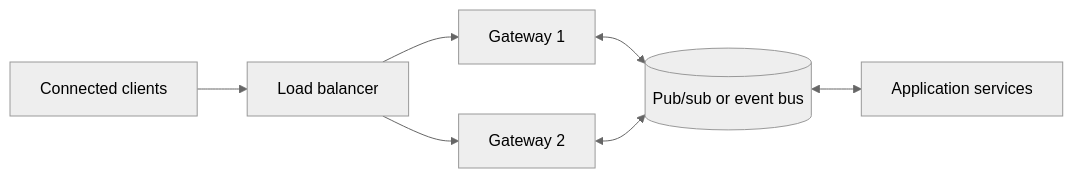
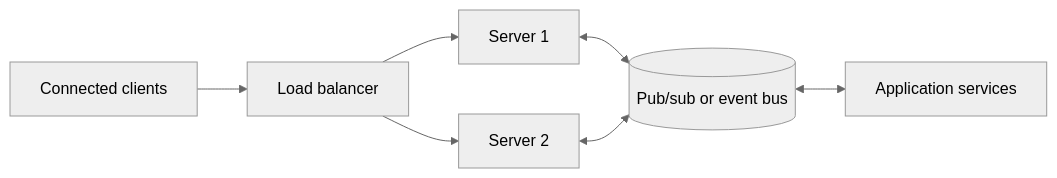
The third of 3 diagrams in connection-protocols/websockets.md (alanqi03/sys-design), drawn with Mermaid (neutral theme) before and after one commit. The commit also changed other lines of this file and 3 other files, not shown here.

````diff
--- a/connection-protocols/websockets.md
+++ b/connection-protocols/websockets.md
@@ -238,9 +239,9 @@
 ```{mermaid}
 flowchart LR
   clients[Connected clients] --> lb[Load balancer]
-  lb --> g1[Gateway 1]
-  lb --> g2[Gateway 2]
-  g1 <--> bus[(Pub/sub or event bus)]
-  g2 <--> bus
+  lb --> s1[Server 1]
+  lb --> s2[Server 2]
+  s1 <--> bus[(Pub/sub or event bus)]
+  s2 <--> bus
   bus <--> services[Application services]
 ```
````
